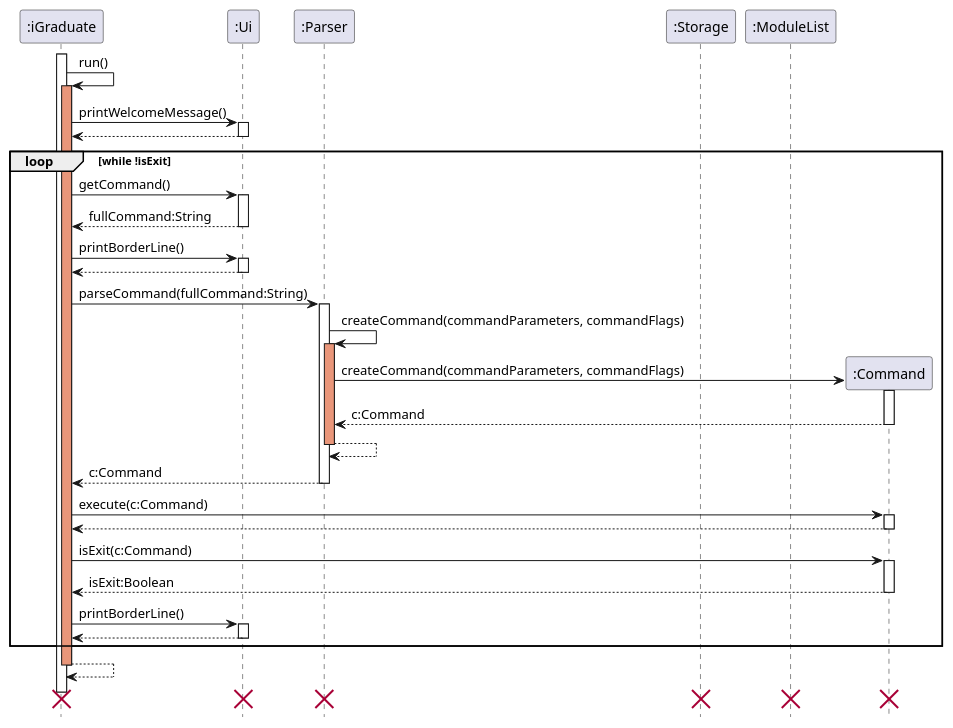
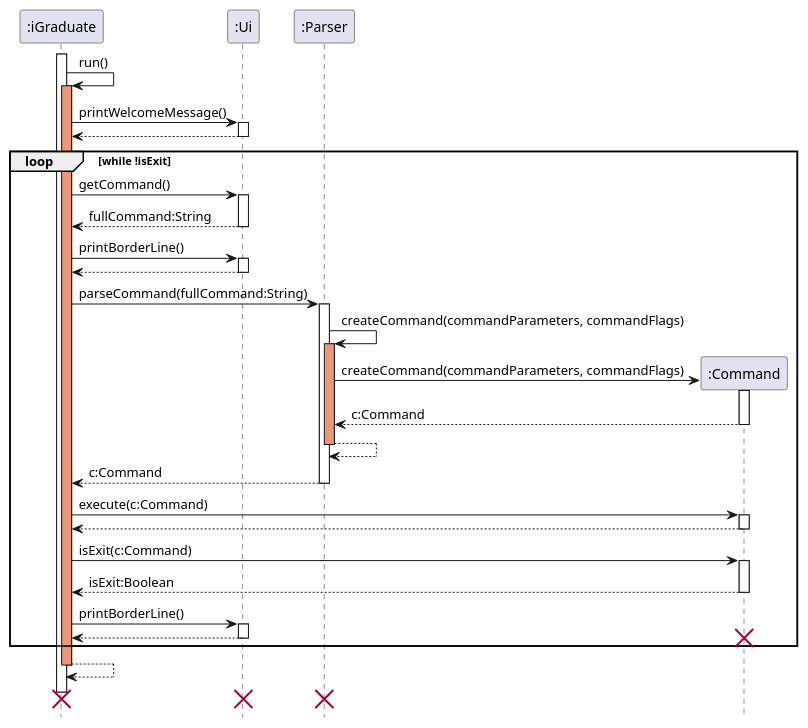
The diagram in docs/diagrams/ExecutionSequenceDiagram.puml (oscarlai1998/tp), drawn with PlantUML before and after one commit. The commit also changed 2 other files, not shown here.

```diff
--- a/docs/diagrams/ExecutionSequenceDiagram.puml
+++ b/docs/diagrams/ExecutionSequenceDiagram.puml
@@ -1,62 +1,58 @@
 @startuml
 hide footbox
 
 Participant ":iGraduate" as iGraduate
 Participant ":Ui" as ui
 Participant ":Parser" as parser
-Participant ":Storage" as storage
-Participant ":ModuleList" as moduleList
 Participant ":Command" as command
 
 activate iGraduate
 
 iGraduate -> iGraduate: run()
 activate iGraduate #DarkSalmon
 
 iGraduate -> ui:printWelcomeMessage()
 activate ui
 return
 
 loop while !isExit
     iGraduate -> ui: getCommand()
     activate ui
     return fullCommand:String
 
     iGraduate -> ui: printBorderLine()
     activate ui
     return
 
     iGraduate -> parser: parseCommand(fullCommand:String)
     activate parser
     parser -> parser: createCommand(commandParameters, commandFlags)
     activate parser #DarkSalmon
 
     create command
     parser -> command: createCommand(commandParameters, commandFlags)
     activate command
     return c:Command
     return
     return c:Command
 
     iGraduate -> command: execute(c:Command)
     activate command
     return
 
     iGraduate -> command: isExit(c:Command)
     activate command
     return isExit:Boolean
 
     iGraduate -> ui: printBorderLine()
     activate ui
     return
+    destroy command
 end
 return
 
 iGraduate --[hidden]> iGraduate
 destroy iGraduate
 destroy ui
-destroy command
 destroy parser
-destroy storage
-destroy moduleList
 @enduml
```
